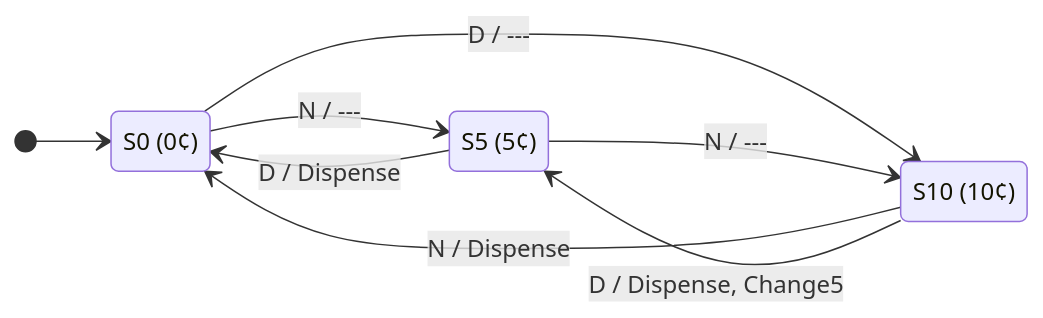
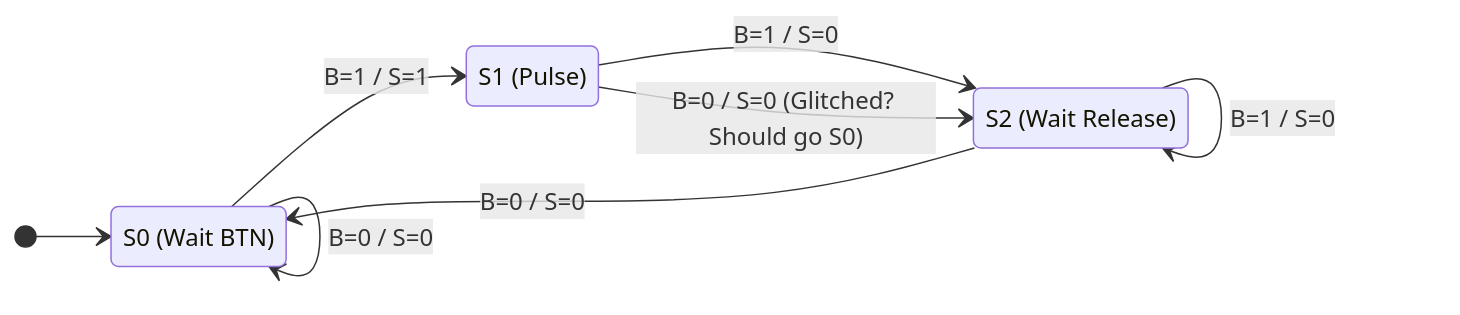
One commit to ruslylove/digital changed the third of 4 diagrams in lecture_8.md. Above: the diagram before and after it, drawn with Mermaid. The commit also changed other lines of this file and 3 other files, not shown here.

````diff
--- a/lecture_8.md
+++ b/lecture_8.md
@@ -100,15 +342,17 @@
 ```mermaid
 stateDiagram-v2
     direction LR
-    state "S0 (0¢)" as S0
-    state "S5 (5¢)" as S5
-    state "S10 (10¢)" as S10
+    state "S0 (Wait BTN)" as S0
+    state "S1 (Pulse)" as S1
+    state "S2 (Wait Release)" as S2
 
     [*] --> S0
-    S0 --> S5 : N / ---
-    S0 --> S10 : D / ---
-    S5 --> S10 : N / ---
-    S5 --> S0 : D / Dispense
-    S10 --> S0 : N / Dispense
-    S10 --> S5 : D / Dispense, Change5
+    S0 --> S0 : B=0 / S=0
+    S0 --> S1 : B=1 / S=1
+    
+    S1 --> S2 : B=1 / S=0
+    S1 --> S2 : B=0 / S=0 (Glitched? Should go S0)
+    
+    S2 --> S2 : B=1 / S=0
+    S2 --> S0 : B=0 / S=0
 ```
````
